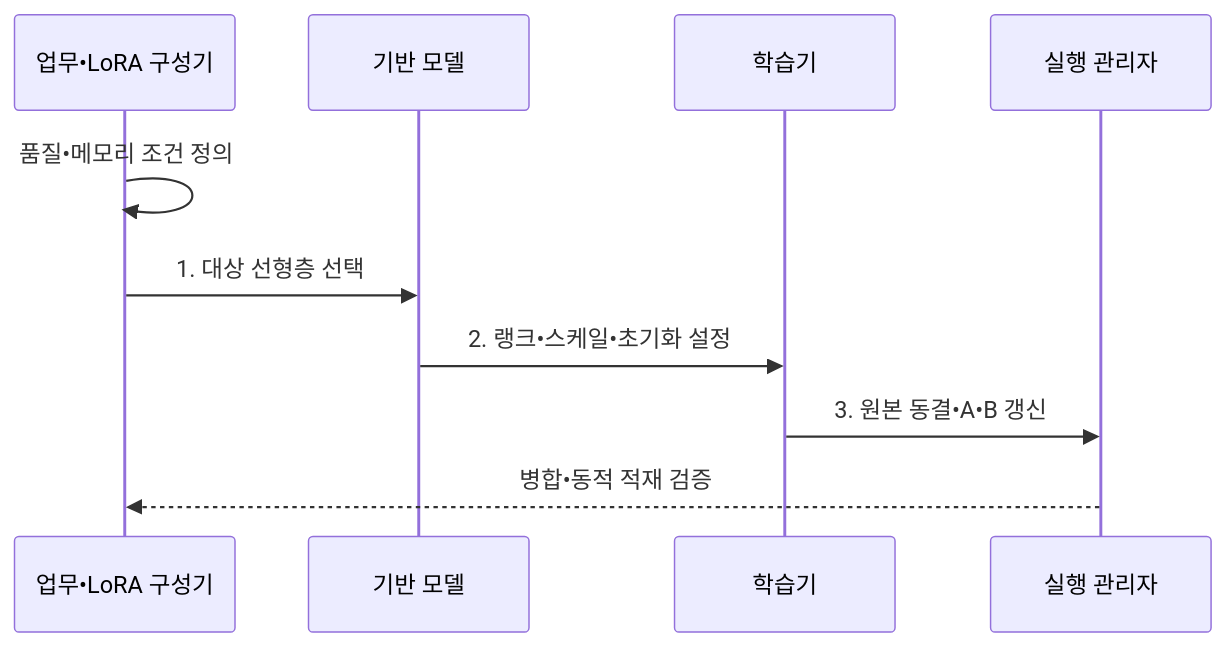
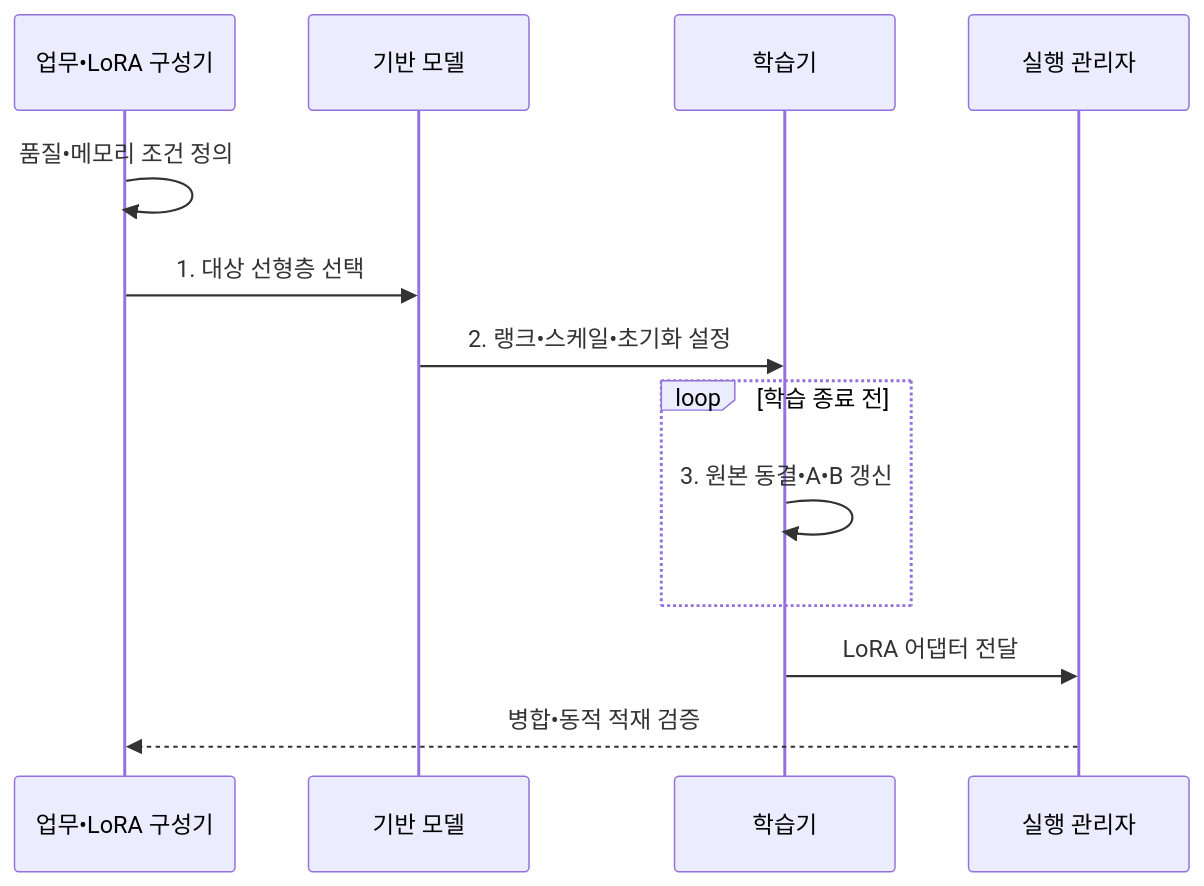
The second of 2 diagrams in src/content/docs/notes/08-latest-tech/062_low_rank_adaptation.md (agnusdei1207/knowledge-base), drawn with Mermaid before and after one commit. The commit also changed other lines of this file and 17 other files, not shown here.

````diff
--- a/src/content/docs/notes/08-latest-tech/062_low_rank_adaptation.md
+++ b/src/content/docs/notes/08-latest-tech/062_low_rank_adaptation.md
@@ -107,12 +107,15 @@
 ```mermaid
 sequenceDiagram
     participant C as 업무•LoRA 구성기
     participant M as 기반 모델
     participant T as 학습기
     participant R as 실행 관리자
     C->>C: 품질•메모리 조건 정의
     C->>M: 1. 대상 선형층 선택
     M->>T: 2. 랭크•스케일•초기화 설정
-    T->>R: 3. 원본 동결•A•B 갱신
+    loop 학습 종료 전
+        T->>T: 3. 원본 동결•A•B 갱신
+    end
+    T->>R: LoRA 어댑터 전달
     R-->>C: 병합•동적 적재 검증
 ```
````
